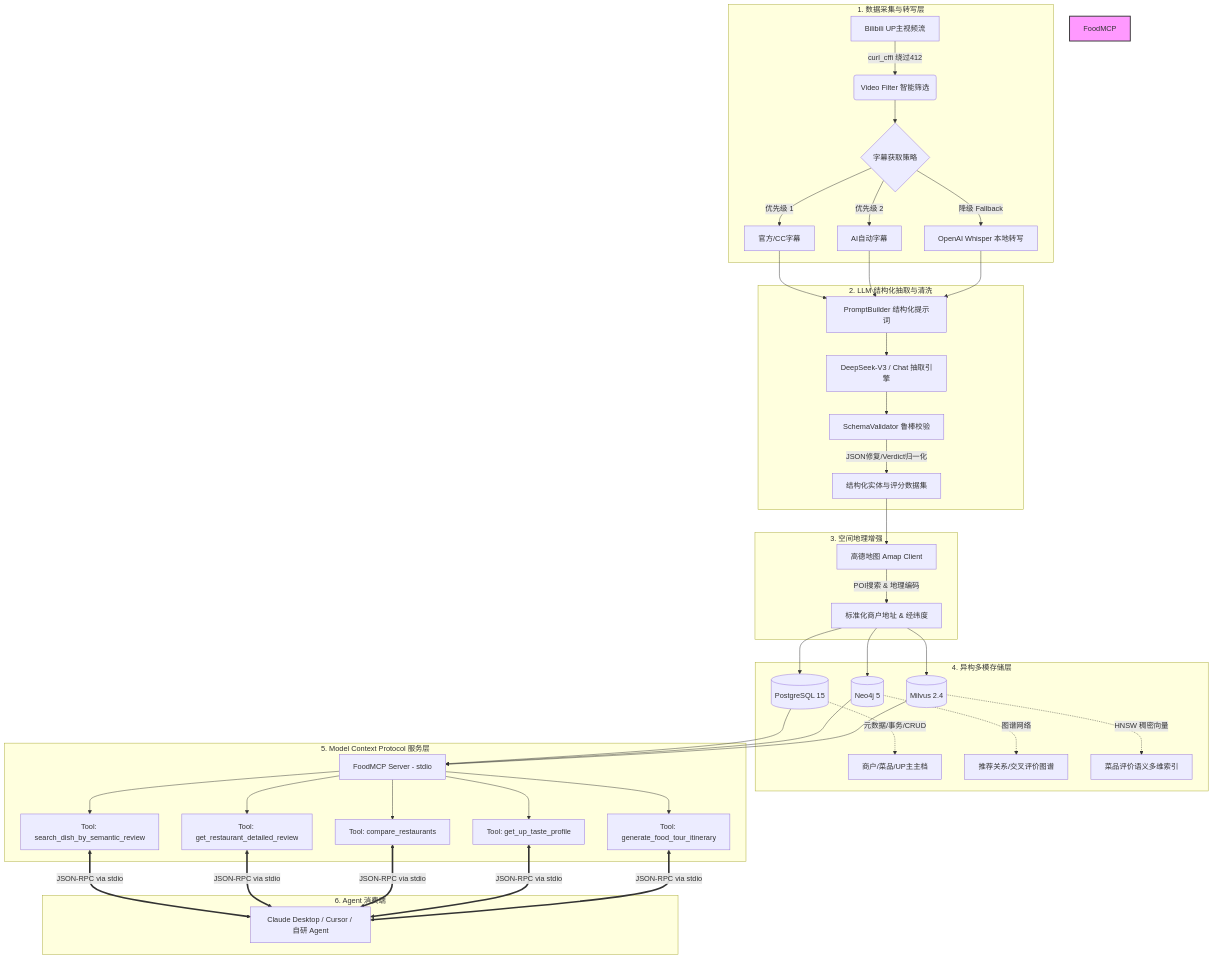
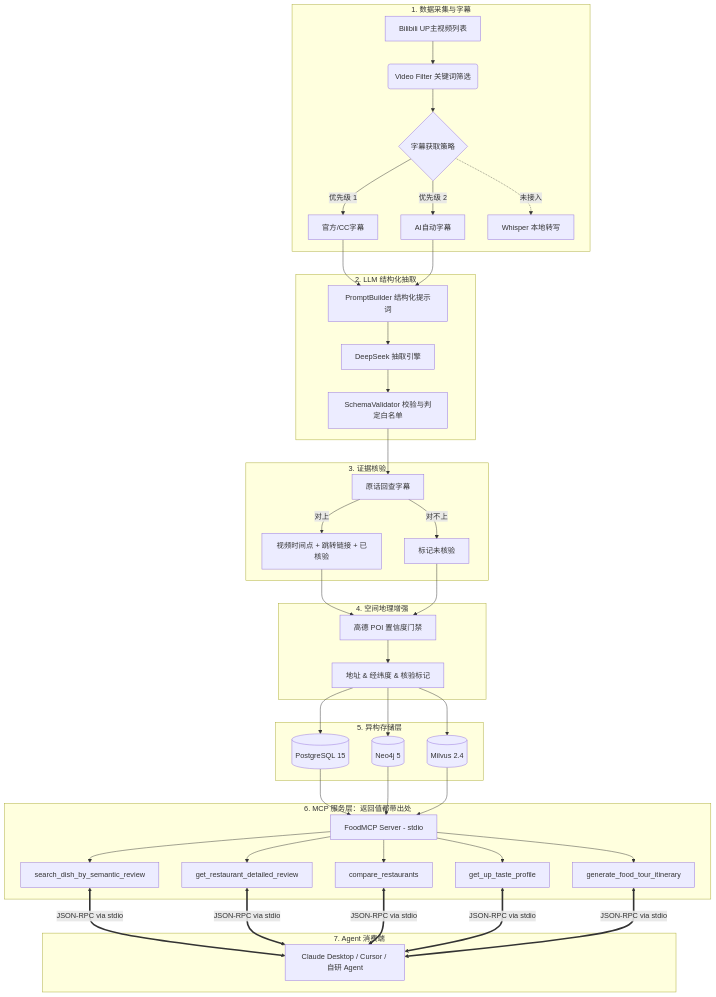
The diagram in README.md (JohnMaxwell0123/FoodMCP), drawn with Mermaid before and after one commit. The commit also changed other lines of this file and 30 other files, not shown here.

First line of the commit message:
feat: evidence chain for every claim; refine trust model and add 鸭觅 comparison

````diff
--- a/README.md
+++ b/README.md
@@ -72,46 +69,46 @@
 ```mermaid
 flowchart TD
-    subgraph DataCollector [" 1. 数据采集与转写层 "]
-        A[Bilibili UP主视频流] -->|curl_cffi 绕过412| B(Video Filter 智能筛选)
+    subgraph DataCollector [" 1. 数据采集与字幕 "]
+        A[Bilibili UP主视频列表] --> B(Video Filter 关键词筛选)
         B --> C{字幕获取策略}
         C -->|优先级 1| D[官方/CC字幕]
         C -->|优先级 2| E[AI自动字幕]
-        C -->|降级 Fallback| F[OpenAI Whisper 本地转写]
+        C -.->|未接入| F[Whisper 本地转写]
     end
 
-    subgraph ExtractionLayer [" 2. LLM 结构化抽取与清洗 "]
-        D & E & F --> G[PromptBuilder 结构化提示词]
-        G --> H[DeepSeek-V3 / Chat 抽取引擎]
-        H --> I[SchemaValidator 鲁棒校验]
-        I -->|JSON修复/Verdict归一化| J[结构化实体与评分数据集]
+    subgraph ExtractionLayer [" 2. LLM 结构化抽取 "]
+        D & E --> G[PromptBuilder 结构化提示词]
+        G --> H[DeepSeek 抽取引擎]
+        H --> I[SchemaValidator 校验与判定白名单]
     end
 
-    subgraph GeoSpatial [" 3. 空间地理增强 "]
-        J --> K[高德地图 Amap Client]
-        K -->|POI搜索 & 地理编码| L[标准化商户地址 & 经纬度]
+    subgraph EvidenceLayer [" 3. 证据核验 "]
+        I --> J[原话回查字幕]
+        J -->|对上| J1[视频时间点 + 跳转链接 + 已核验]
+        J -->|对不上| J2[标记未核验]
     end
 
-    subgraph HybridStorage [" 4. 异构多模存储层 "]
+    subgraph GeoSpatial [" 4. 空间地理增强 "]
+        J1 & J2 --> K[高德 POI 置信度门禁]
+        K --> L[地址 & 经纬度 & 核验标记]
+    end
+
+    subgraph HybridStorage [" 5. 异构存储层 "]
         L --> M[(PostgreSQL 15)]
         L --> N[(Neo4j 5)]
         L --> O[(Milvus 2.4)]
-        M -.->|元数据/事务/CRUD| M1[商户/菜品/UP主主档]
-        N -.->|图谱网络| N1[推荐关系/交叉评价图谱]
-        O -.->|HNSW 稠密向量| O1[菜品评价语义多维索引]
     end
 
-    subgraph MCPLayer [" 5. Model Context Protocol 服务层 "]
+    subgraph MCPLayer [" 6. MCP 服务层：返回值都带出处 "]
         M & N & O --> P[FoodMCP Server - stdio]
-        P --> Q[Tool: search_dish_by_semantic_review]
-        P --> R[Tool: get_restaurant_detailed_review]
-        P --> U[Tool: compare_restaurants]
-        P --> V[Tool: get_up_taste_profile]
-        P --> S[Tool: generate_food_tour_itinerary]
+        P --> Q[search_dish_by_semantic_review]
+        P --> R[get_restaurant_detailed_review]
+        P --> U[compare_restaurants]
+        P --> V[get_up_taste_profile]
+        P --> S[generate_food_tour_itinerary]
     end
 
-    subgraph ConsumerLayer [" 6. Agent 消费端 "]
+    subgraph ConsumerLayer [" 7. Agent 消费端 "]
         Q & R & U & V & S <==>|JSON-RPC via stdio| T[Claude Desktop / Cursor / 自研 Agent]
     end
-
-    style FoodMCP fill:#f9f,stroke:#333,stroke-width:2px
 ```
````
